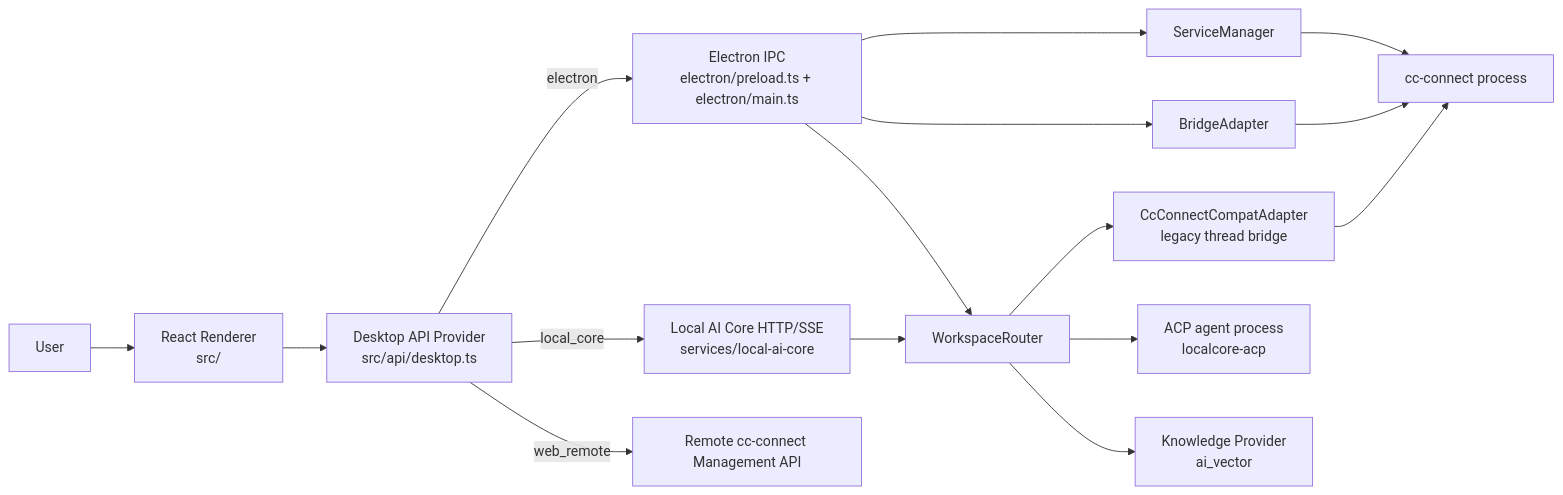
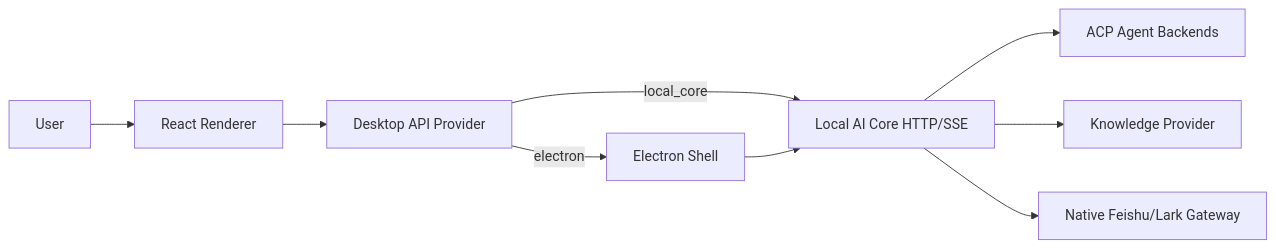
The diagram in docs/architecture.md (helloimcx/agentdock), drawn with Mermaid before and after one commit. The commit also changed other lines of this file and 46 other files, not shown here.

````diff
--- a/docs/architecture.md
+++ b/docs/architecture.md
@@ -17,22 +15,11 @@
 ```mermaid
 flowchart LR
-  U[User] --> R[React Renderer<br/>src/]
-  R --> DP[Desktop API Provider<br/>src/api/desktop.ts]
-
-  DP -->|electron| IPC[Electron IPC<br/>electron/preload.ts + electron/main.ts]
-  DP -->|local_core| CORE[Local AI Core HTTP/SSE<br/>services/local-ai-core]
-  DP -->|web_remote| MGMT[Remote cc-connect Management API]
-
-  IPC --> SM[ServiceManager]
-  IPC --> BA[BridgeAdapter]
-  IPC --> WR[WorkspaceRouter]
-
-  CORE --> WR
-
-  SM --> CC[cc-connect process]
-  BA --> CC
-  WR --> CCA[CcConnectCompatAdapter<br/>legacy thread bridge]
-  CCA --> CC
-  WR --> ACP[ACP agent process<br/>localcore-acp]
-  WR --> KB[Knowledge Provider<br/>ai_vector]
+  U[User] --> R[React Renderer]
+  R --> DP[Desktop API Provider]
+  DP -->|electron| E[Electron Shell]
+  DP -->|local_core| C[Local AI Core HTTP/SSE]
+  E --> C
+  C --> ACP[ACP Agent Backends]
+  C --> KB[Knowledge Provider]
+  C --> LARK[Native Feishu/Lark Gateway]
 ```
````
